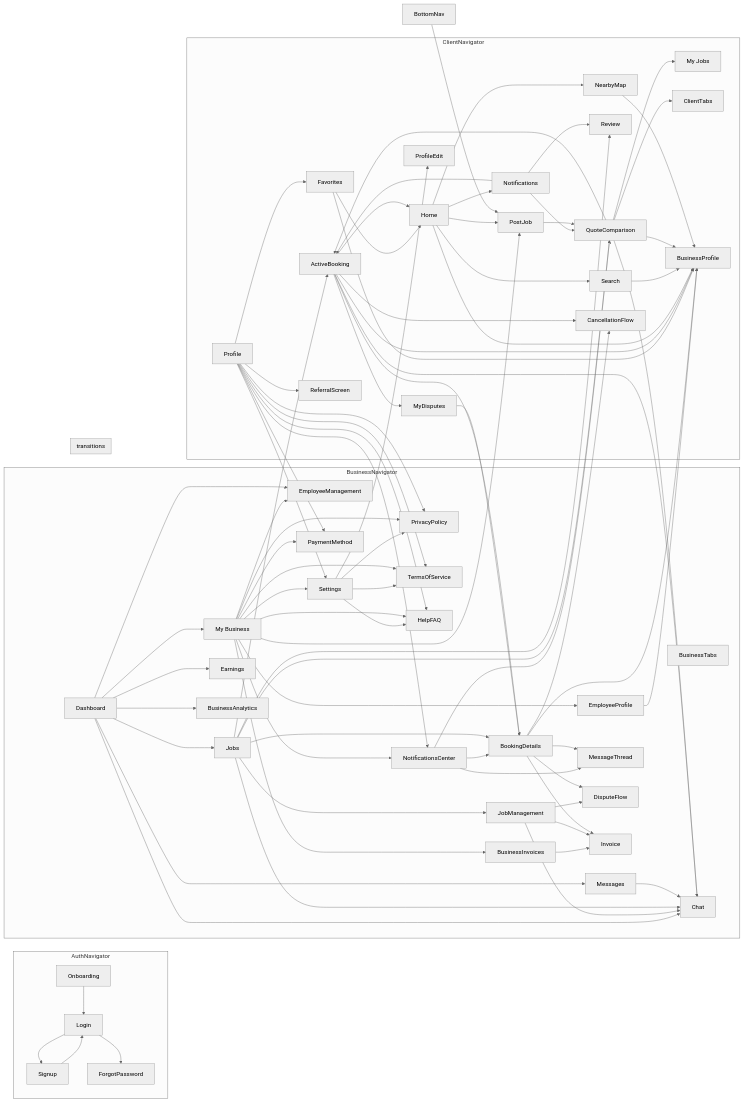
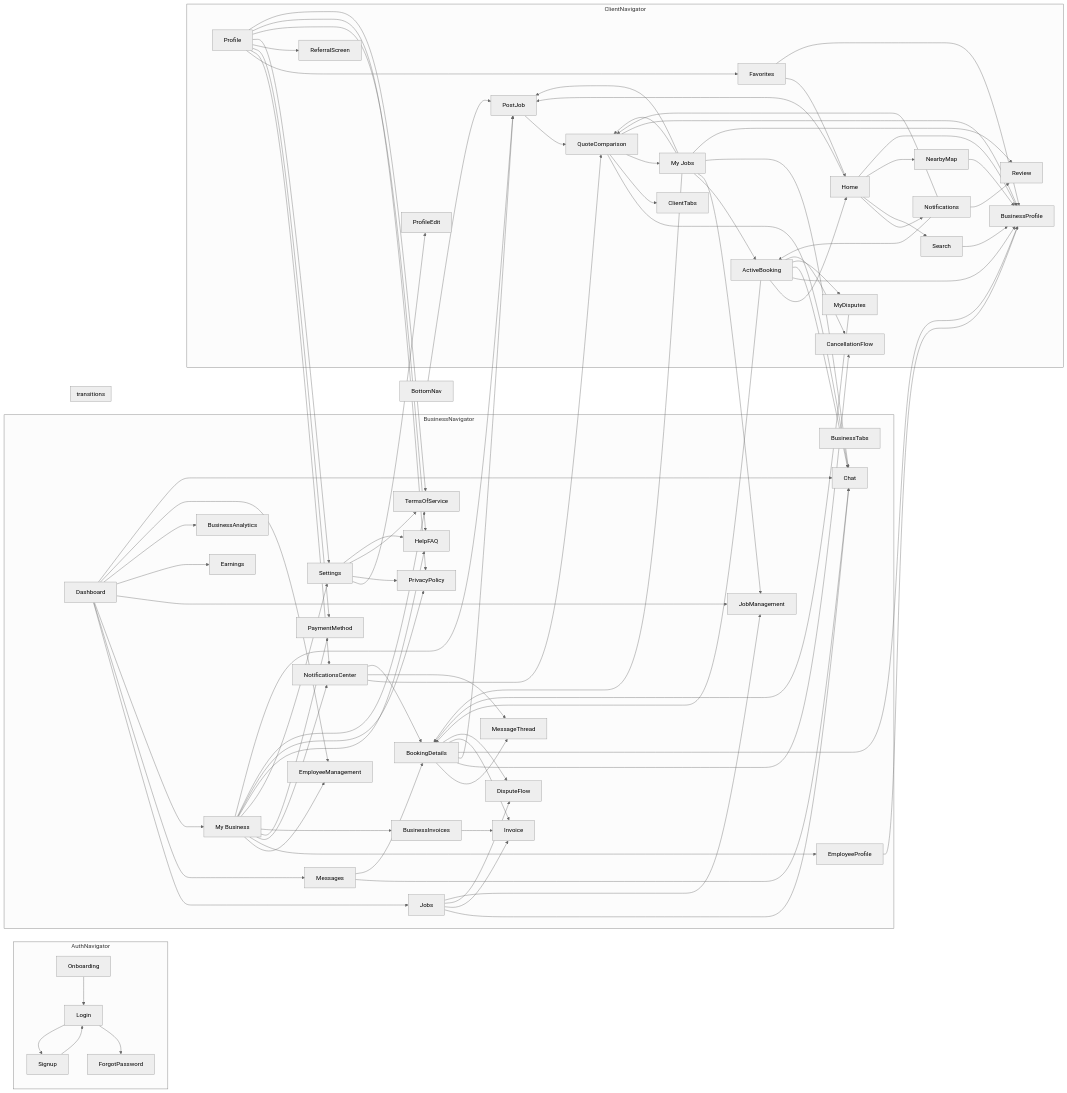
One commit to 4alkubati/SWINGBY changed the diagram in docs/FLOW_GRAPH.md. Above: the diagram before and after it, drawn with Mermaid (neutral theme). The commit also changed other lines of this file and 101 other files, not shown here.

````diff
--- a/docs/FLOW_GRAPH.md
+++ b/docs/FLOW_GRAPH.md
@@ -108,15 +108,17 @@
   Dashboard --> Jobs
   Dashboard --> Messages
   Dashboard --> My_Business
+  Dashboard --> JobManagement
   Dashboard --> Earnings
   Dashboard --> BusinessAnalytics
   Dashboard --> EmployeeManagement
   Dashboard --> Chat
   BusinessInvoices --> Invoice
   EmployeeProfile --> BusinessProfile
-  JobManagement --> Chat
-  JobManagement --> Invoice
-  JobManagement --> DisputeFlow
+  Jobs --> Chat
+  Jobs --> Invoice
+  Jobs --> DisputeFlow
+  Jobs --> JobManagement
   Favorites --> Home
   Favorites --> BusinessProfile
   MyDisputes --> BookingDetails
@@ -131,25 +133,27 @@
   Home --> Search
   Home --> NearbyMap
   Home --> BusinessProfile
-  Jobs --> ActiveBooking
-  Jobs --> JobManagement
-  Jobs --> QuoteComparison
-  Jobs --> Chat
-  Jobs --> BookingDetails
-  Jobs --> Review
+  My_Jobs --> ActiveBooking
+  My_Jobs --> JobManagement
+  My_Jobs --> QuoteComparison
+  My_Jobs --> Chat
+  My_Jobs --> BookingDetails
+  My_Jobs --> PostJob
+  My_Jobs --> Review
   Search --> BusinessProfile
-  QuoteComparison --> ActiveBooking
+  QuoteComparison --> Chat
   QuoteComparison --> ClientTabs
   QuoteComparison --> My_Jobs
   QuoteComparison --> BusinessProfile
-  QuoteComparison --> Chat
   NearbyMap --> BusinessProfile
   PostJob --> QuoteComparison
   BookingDetails --> MessageThread
   BookingDetails --> CancellationFlow
+  BookingDetails --> PostJob
   BookingDetails --> BusinessProfile
   BookingDetails --> Invoice
   BookingDetails --> DisputeFlow
   Messages --> Chat
+  Messages --> BookingDetails
   BottomNav --> PostJob
 ```
````
